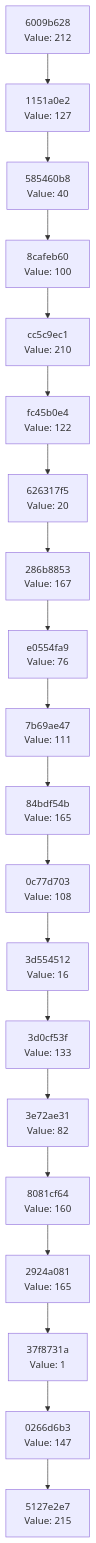
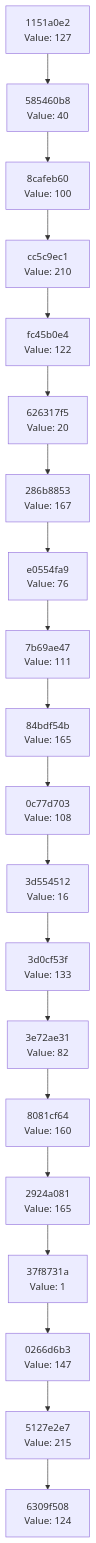
One commit to Abhisheksinha1506/hash-chain-evolver changed the diagram in docs/CHAIN_VISUALIZATION.md. Above: the diagram before and after it, drawn with Mermaid. The commit also changed 3 other files, not shown here.

````diff
--- a/docs/CHAIN_VISUALIZATION.md
+++ b/docs/CHAIN_VISUALIZATION.md
@@ -3,42 +3,42 @@
 ```mermaid
 graph TD
-    C0["5127e2e7<br/>Value: 215"]
-    C1["0266d6b3<br/>Value: 147"]
+    C0["6309f508<br/>Value: 124"]
+    C1["5127e2e7<br/>Value: 215"]
     C1 --> C0
-    C2["37f8731a<br/>Value: 1"]
+    C2["0266d6b3<br/>Value: 147"]
     C2 --> C1
-    C3["2924a081<br/>Value: 165"]
+    C3["37f8731a<br/>Value: 1"]
     C3 --> C2
-    C4["8081cf64<br/>Value: 160"]
+    C4["2924a081<br/>Value: 165"]
     C4 --> C3
-    C5["3e72ae31<br/>Value: 82"]
+    C5["8081cf64<br/>Value: 160"]
     C5 --> C4
-    C6["3d0cf53f<br/>Value: 133"]
+    C6["3e72ae31<br/>Value: 82"]
     C6 --> C5
-    C7["3d554512<br/>Value: 16"]
+    C7["3d0cf53f<br/>Value: 133"]
     C7 --> C6
-    C8["0c77d703<br/>Value: 108"]
+    C8["3d554512<br/>Value: 16"]
     C8 --> C7
-    C9["84bdf54b<br/>Value: 165"]
+    C9["0c77d703<br/>Value: 108"]
     C9 --> C8
-    C10["7b69ae47<br/>Value: 111"]
+    C10["84bdf54b<br/>Value: 165"]
     C10 --> C9
-    C11["e0554fa9<br/>Value: 76"]
+    C11["7b69ae47<br/>Value: 111"]
     C11 --> C10
-    C12["286b8853<br/>Value: 167"]
+    C12["e0554fa9<br/>Value: 76"]
     C12 --> C11
-    C13["626317f5<br/>Value: 20"]
+    C13["286b8853<br/>Value: 167"]
     C13 --> C12
-    C14["fc45b0e4<br/>Value: 122"]
+    C14["626317f5<br/>Value: 20"]
     C14 --> C13
-    C15["cc5c9ec1<br/>Value: 210"]
+    C15["fc45b0e4<br/>Value: 122"]
     C15 --> C14
-    C16["8cafeb60<br/>Value: 100"]
+    C16["cc5c9ec1<br/>Value: 210"]
     C16 --> C15
-    C17["585460b8<br/>Value: 40"]
+    C17["8cafeb60<br/>Value: 100"]
     C17 --> C16
-    C18["1151a0e2<br/>Value: 127"]
+    C18["585460b8<br/>Value: 40"]
     C18 --> C17
-    C19["6009b628<br/>Value: 212"]
+    C19["1151a0e2<br/>Value: 127"]
     C19 --> C18
 ```
````
